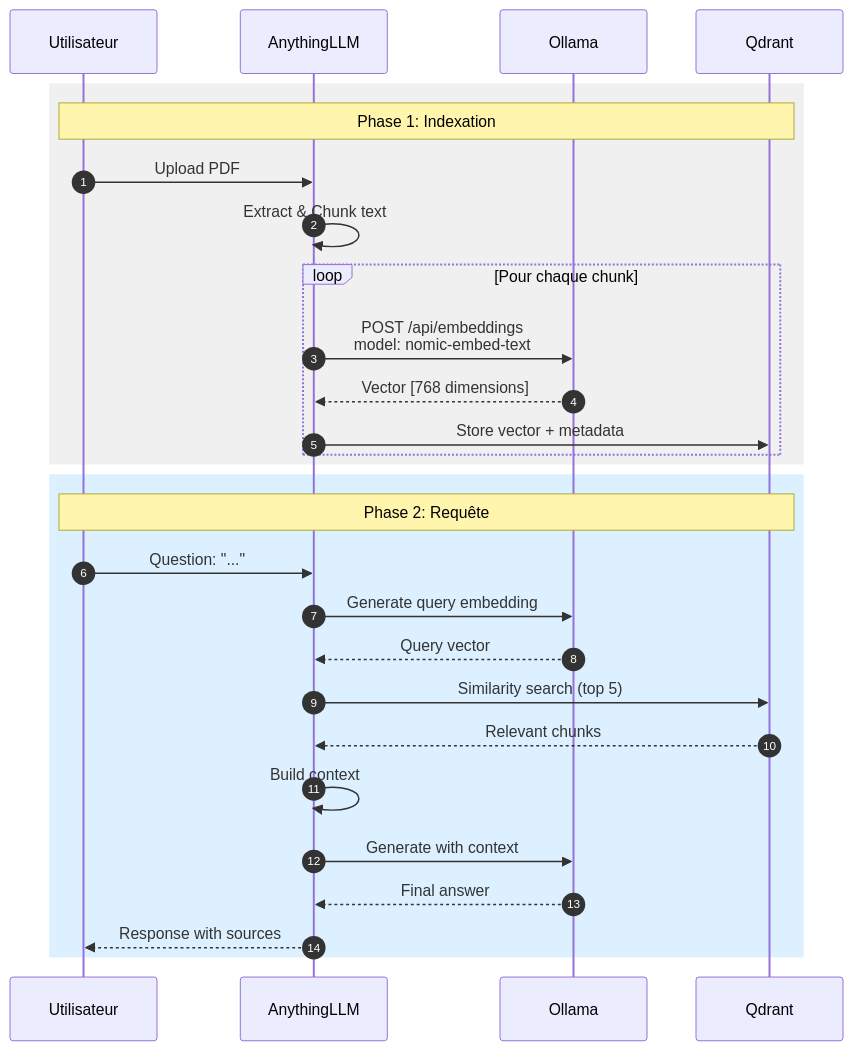
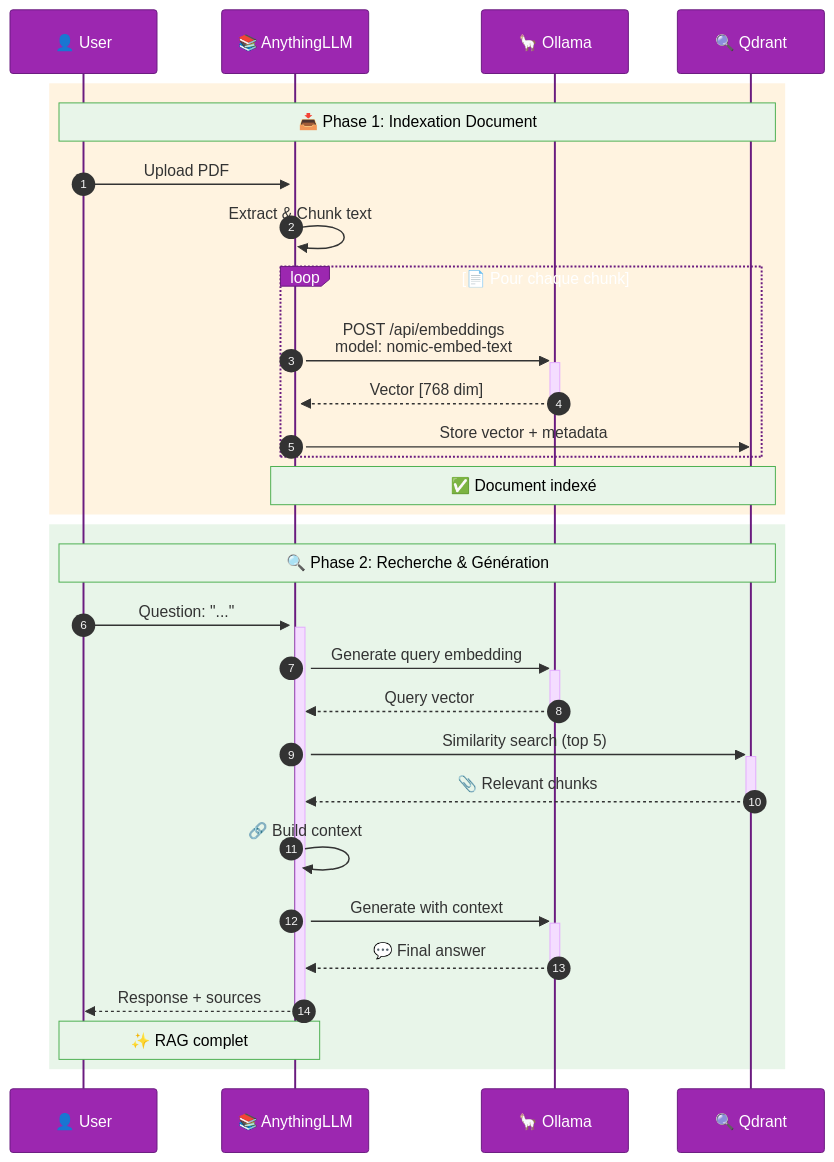
One commit to MPFabio/Stack-IA changed the eighth of 14 diagrams in docs/ARCHITECTURE.md. Above: the diagram before and after it, drawn with Mermaid. The commit also changed other lines of this file, not shown here.

First line of the commit message:
feat(docs): Architecture ultra-colorée et moderne

````diff
--- a/docs/ARCHITECTURE.md
+++ b/docs/ARCHITECTURE.md
@@ -428,32 +485,35 @@
 ```mermaid
+%%{init: {'theme':'base', 'themeVariables': {'actorBkg':'#9C27B0','actorBorder':'#6a1b7f','actorTextColor':'#fff','noteBkgColor':'#e8f5e9','noteTextColor':'#000','noteBorderColor':'#4caf50'}}}%%
 sequenceDiagram
     autonumber
-    participant U as Utilisateur
-    participant A as AnythingLLM
-    participant O as Ollama
-    participant Q as Qdrant
+    participant U as 👤 User
+    participant A as 📚 AnythingLLM
+    participant O as 🦙 Ollama
+    participant Q as 🔍 Qdrant
     
-    rect rgb(240, 240, 240)
-        Note over U,Q: Phase 1: Indexation
-        U->>A: Upload PDF
+    rect rgb(255, 243, 224)
+        Note over U,Q: 📥 Phase 1: Indexation Document
+        U->>+A: Upload PDF
         A->>A: Extract & Chunk text
-        loop Pour chaque chunk
-            A->>O: POST /api/embeddings<br/>model: nomic-embed-text
-            O-->>A: Vector [768 dimensions]
+        loop 📄 Pour chaque chunk
+            A->>+O: POST /api/embeddings<br/>model: nomic-embed-text
+            O-->>-A: Vector [768 dim]
             A->>Q: Store vector + metadata
         end
+        Note over A,Q: ✅ Document indexé
     end
     
-    rect rgb(220, 240, 255)
-        Note over U,Q: Phase 2: Requête
-        U->>A: Question: "..."
-        A->>O: Generate query embedding
-        O-->>A: Query vector
-        A->>Q: Similarity search (top 5)
-        Q-->>A: Relevant chunks
-        A->>A: Build context
-        A->>O: Generate with context
-        O-->>A: Final answer
-        A-->>U: Response with sources
+    rect rgb(232, 245, 233)
+        Note over U,Q: 🔍 Phase 2: Recherche & Génération
+        U->>+A: Question: "..."
+        A->>+O: Generate query embedding
+        O-->>-A: Query vector
+        A->>+Q: Similarity search (top 5)
+        Q-->>-A: 📎 Relevant chunks
+        A->>A: 🔗 Build context
+        A->>+O: Generate with context
+        O-->>-A: 💬 Final answer
+        A-->>-U: Response + sources
+        Note over U,A: ✨ RAG complet
     end
 ```
````
